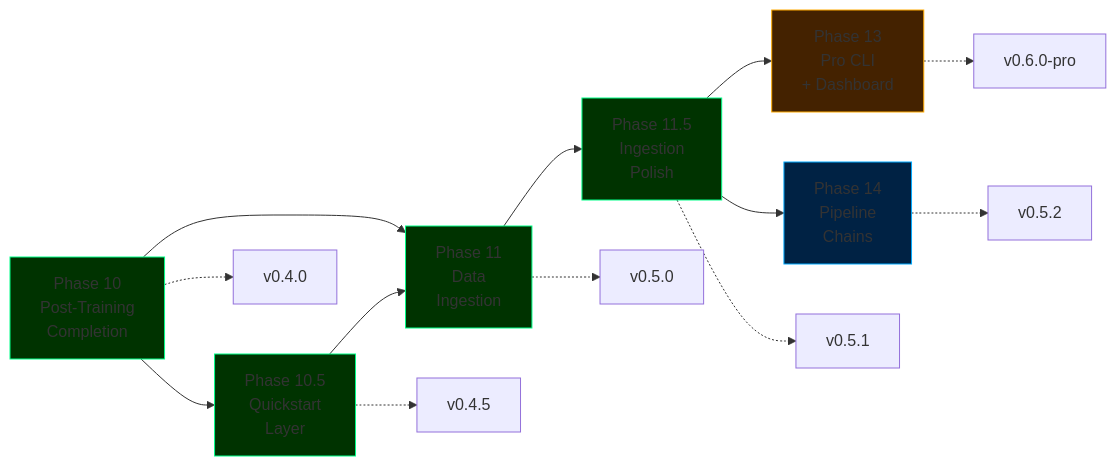
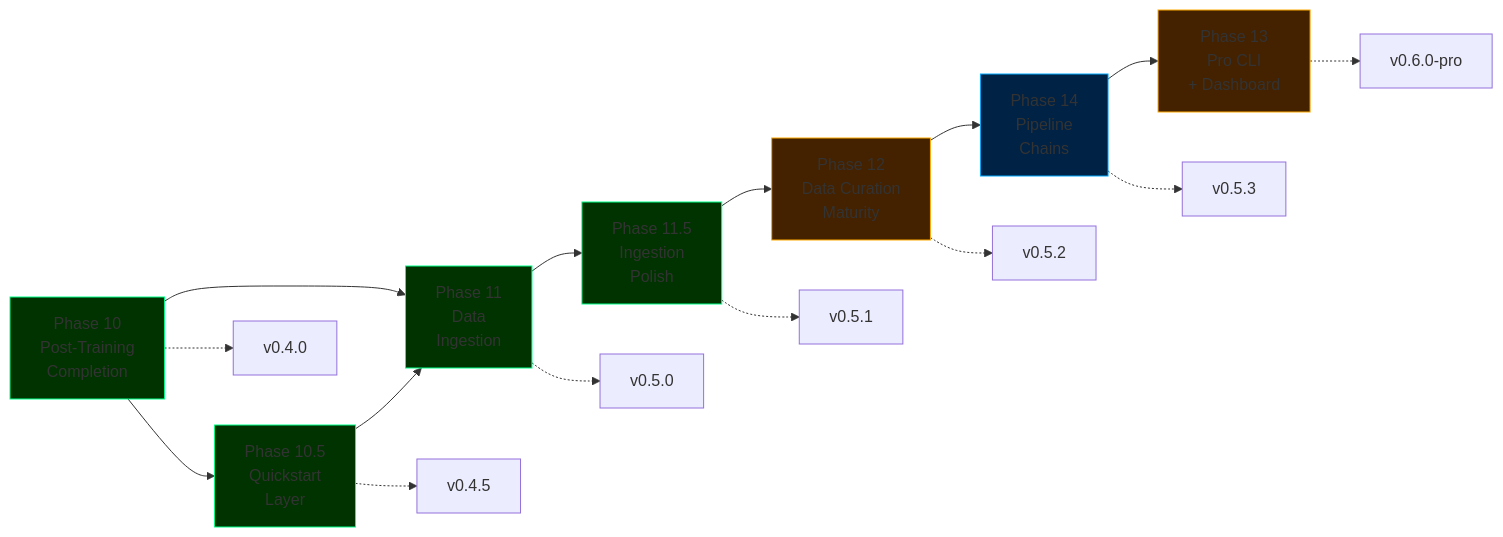
The diagram in docs/roadmap.md (cemililik/ForgeLM), drawn with Mermaid before and after one commit. The commit also changed other lines of this file and 7 other files, not shown here.

````diff
--- a/docs/roadmap.md
+++ b/docs/roadmap.md
@@ -29,23 +32,26 @@
 ```mermaid
 graph LR
     P10[Phase 10<br/>Post-Training<br/>Completion] --> P105[Phase 10.5<br/>Quickstart<br/>Layer]
     P10 --> P11[Phase 11<br/>Data<br/>Ingestion]
     P105 --> P11
     P11 --> P115[Phase 11.5<br/>Ingestion<br/>Polish]
-    P115 --> P13[Phase 13<br/>Pro CLI<br/>+ Dashboard]
-    P115 --> P14[Phase 14<br/>Pipeline<br/>Chains]
+    P115 --> P12[Phase 12<br/>Data Curation<br/>Maturity]
+    P12 --> P14[Phase 14<br/>Pipeline<br/>Chains]
+    P14 --> P13[Phase 13<br/>Pro CLI<br/>+ Dashboard]
 
     P10 -.-> V1[v0.4.0]
     P105 -.-> V15[v0.4.5]
     P11 -.-> V2[v0.5.0]
     P115 -.-> V21[v0.5.1]
-    P14 -.-> V25[v0.5.2]
+    P12 -.-> V22[v0.5.2]
+    P14 -.-> V23[v0.5.3]
     P13 -.-> V3[v0.6.0-pro]
 
     style P10 fill:#003300,stroke:#00ff88
     style P105 fill:#003300,stroke:#00ff88
     style P11 fill:#003300,stroke:#00ff88
     style P115 fill:#003300,stroke:#00ff88
+    style P12 fill:#442200,stroke:#ffaa00
+    style P14 fill:#002244,stroke:#00aaff
     style P13 fill:#442200,stroke:#ffaa00
-    style P14 fill:#002244,stroke:#00aaff
 ```
````
